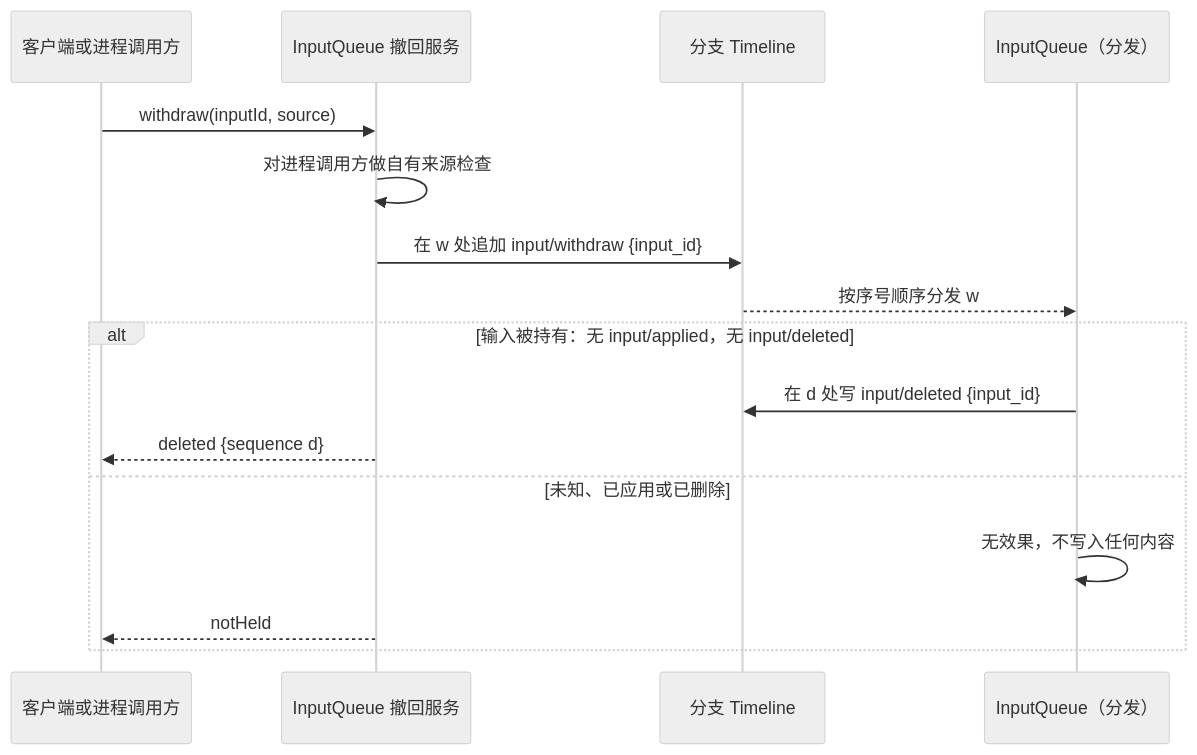
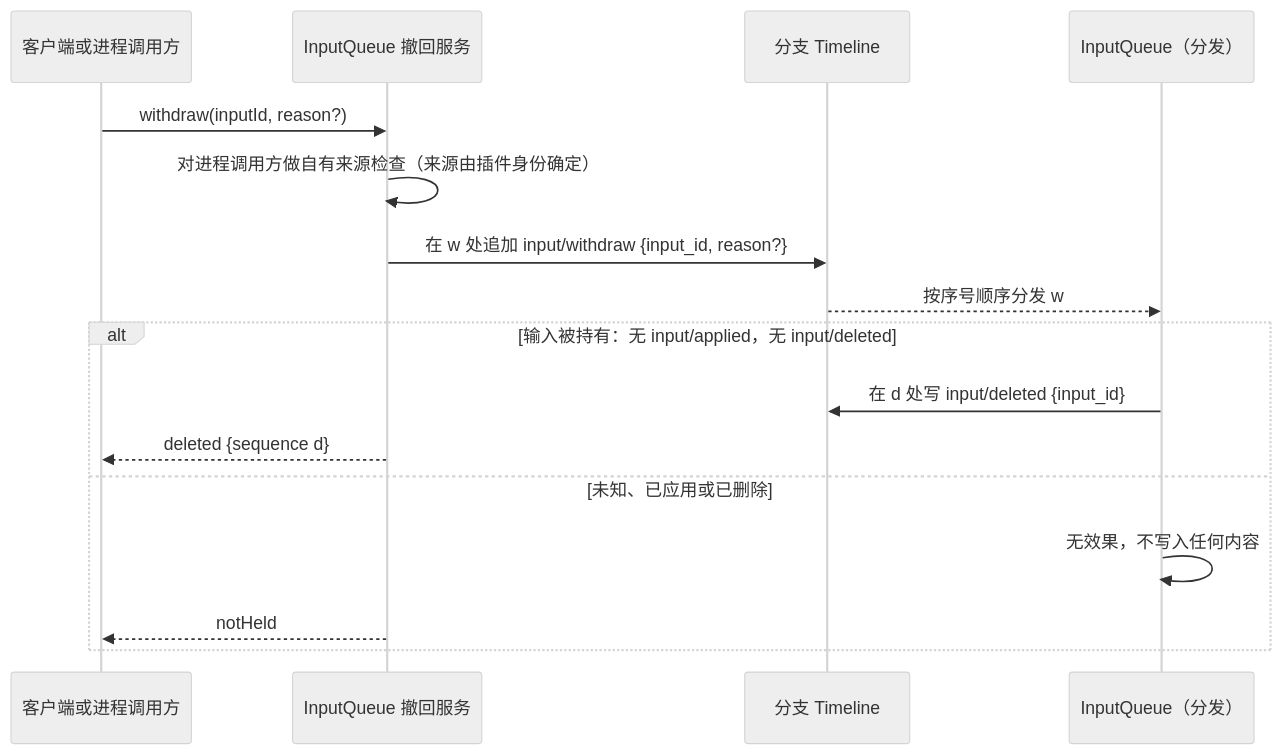
One commit to CoutinhoTTS/dim-agent changed the third of 3 diagrams in docs/zh/design/contracts/session-access.md. Above: the diagram before and after it, drawn with Mermaid (neutral theme). The commit also changed other lines of this file and 40 other files, not shown here.

````diff
--- a/docs/zh/design/contracts/session-access.md
+++ b/docs/zh/design/contracts/session-access.md
@@ -101,18 +97,18 @@
 ```mermaid
 sequenceDiagram
   participant C as 客户端或进程调用方
   participant W as InputQueue 撤回服务
   participant TL as 分支 Timeline
   participant IQ as InputQueue（分发）
-  C->>W: withdraw(inputId, source)
-  W->>W: 对进程调用方做自有来源检查
-  W->>TL: 在 w 处追加 input/withdraw {input_id}
+  C->>W: withdraw(inputId, reason?)
+  W->>W: 对进程调用方做自有来源检查（来源由插件身份确定）
+  W->>TL: 在 w 处追加 input/withdraw {input_id, reason?}
   TL-->>IQ: 按序号顺序分发 w
   alt 输入被持有：无 input/applied，无 input/deleted
     IQ->>TL: 在 d 处写 input/deleted {input_id}
     W-->>C: deleted {sequence d}
   else 未知、已应用或已删除
     IQ->>IQ: 无效果，不写入任何内容
     W-->>C: notHeld
   end
 ```
````
